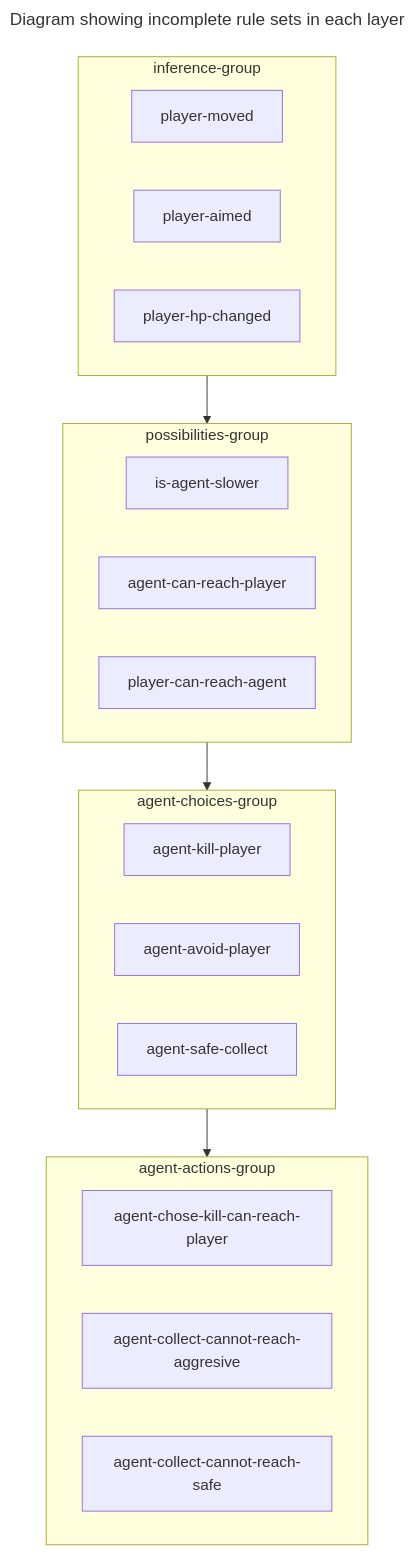
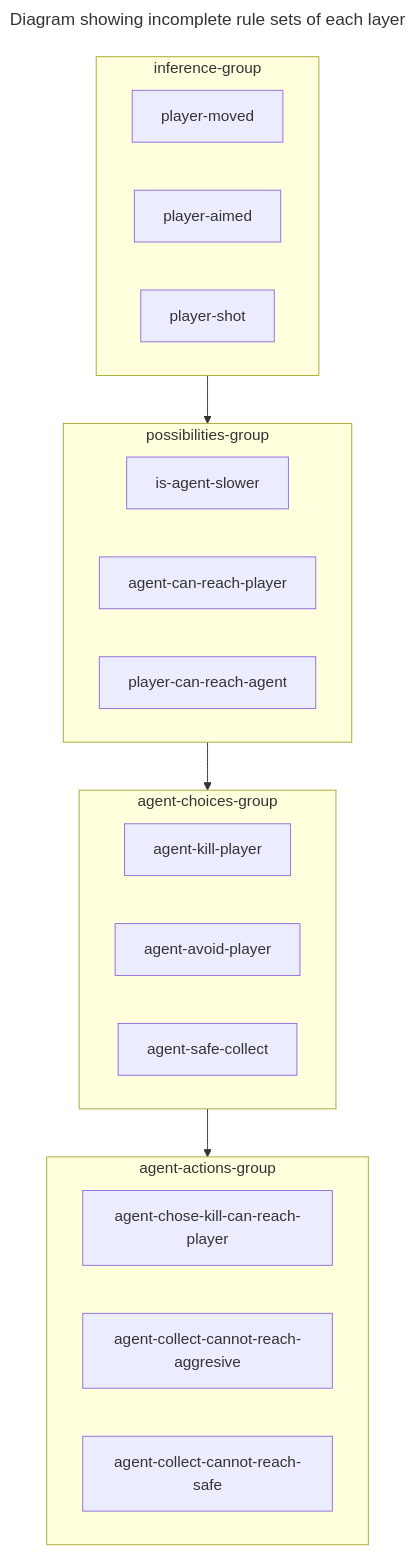
One commit to rchDev/game-of-points changed the first of 6 diagrams in docs/drools-rules.md. Above: the diagram before and after it, drawn with Mermaid. The commit also changed other lines of this file, not shown here.

Commit message:
[docs]: change and add some mermaid diagrams.

````diff
--- a/docs/drools-rules.md
+++ b/docs/drools-rules.md
@@ -13,31 +13,31 @@
 ```mermaid
 ---
-title: Diagram showing incomplete rule sets in each layer
+title: Diagram showing incomplete rule sets of each layer
 ---
 flowchart TD
     subgraph inference-group
         player-moved
         player-aimed
-        player-hp-changed
+        player-shot
     end
     subgraph possibilities-group
         is-agent-slower
         agent-can-reach-player
         player-can-reach-agent
     end
     subgraph agent-choices-group
         agent-kill-player
         agent-avoid-player
         agent-safe-collect
     end
     subgraph agent-actions-group
         agent-chose-kill-can-reach-player
         agent-collect-cannot-reach-aggresive
         agent-collect-cannot-reach-safe
     end
     
     %% Connections
     inference-group --> possibilities-group
     possibilities-group --> agent-choices-group
     agent-choices-group --> agent-actions-group
 ```
````
